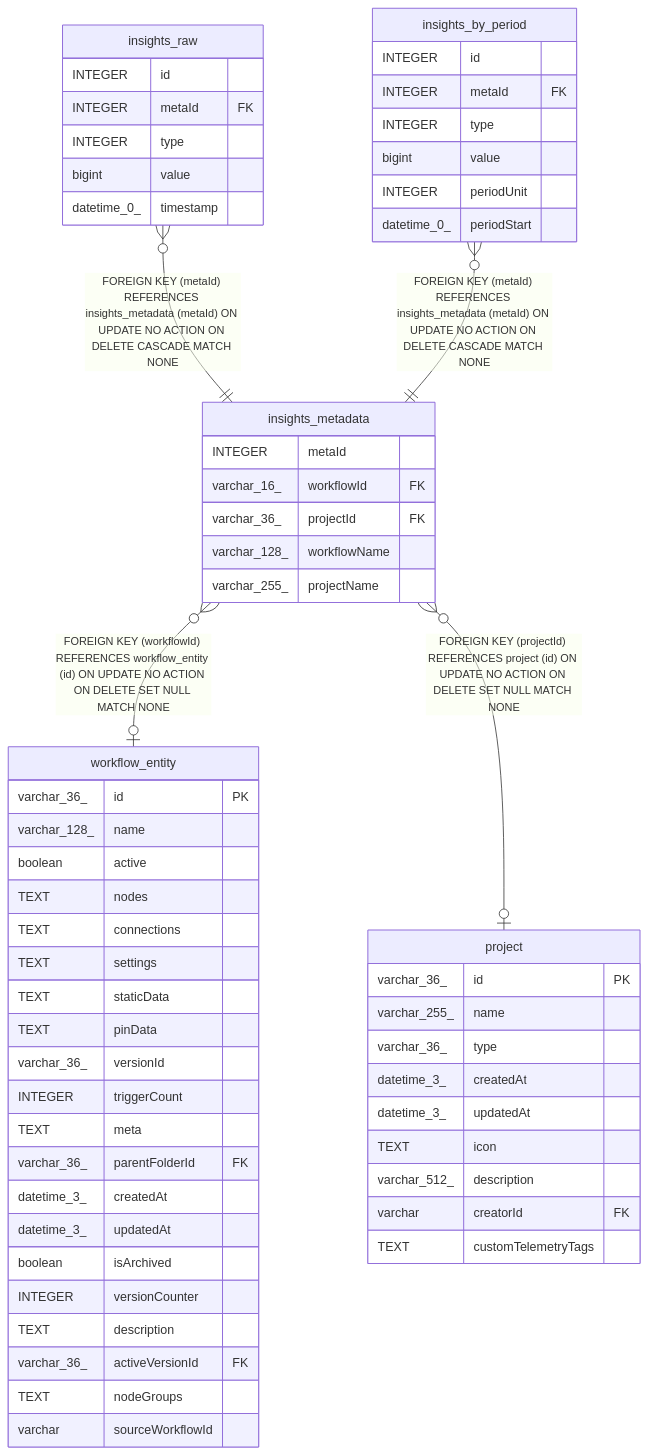
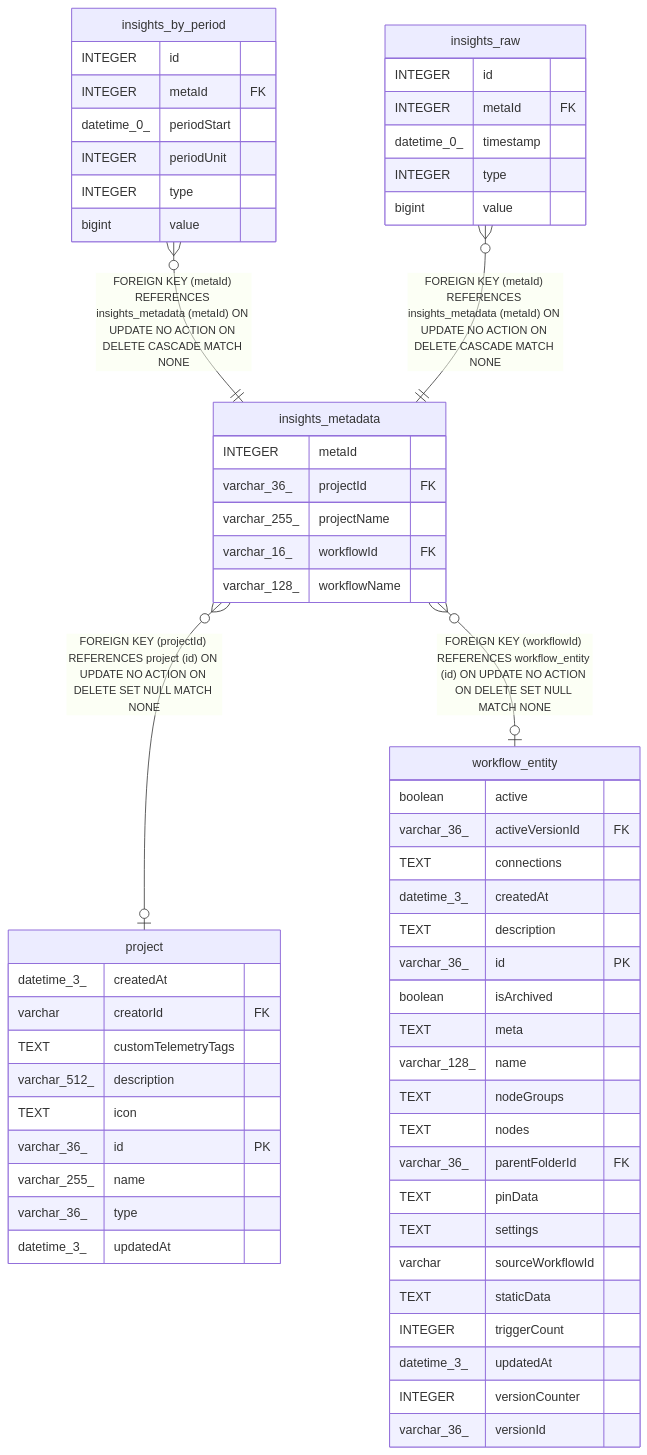
The diagram in docs/generated/sqlite-schema/insights_metadata.md (mayankjain1815-commits/n8n), drawn with Mermaid before and after one commit. The commit also changed other lines of this file and 221 other files, not shown here.

Commit message:
chore(core): Make DB schema docs generation deterministic (#32373)

````diff
--- a/docs/generated/sqlite-schema/insights_metadata.md
+++ b/docs/generated/sqlite-schema/insights_metadata.md
@@ -40,64 +40,64 @@
 ```mermaid
 erDiagram
 
+"insights_by_period" }o--|| "insights_metadata" : "FOREIGN KEY (metaId) REFERENCES insights_metadata (metaId) ON UPDATE NO ACTION ON DELETE CASCADE MATCH NONE"
 "insights_raw" }o--|| "insights_metadata" : "FOREIGN KEY (metaId) REFERENCES insights_metadata (metaId) ON UPDATE NO ACTION ON DELETE CASCADE MATCH NONE"
-"insights_by_period" }o--|| "insights_metadata" : "FOREIGN KEY (metaId) REFERENCES insights_metadata (metaId) ON UPDATE NO ACTION ON DELETE CASCADE MATCH NONE"
+"insights_metadata" }o--o| "project" : "FOREIGN KEY (projectId) REFERENCES project (id) ON UPDATE NO ACTION ON DELETE SET NULL MATCH NONE"
 "insights_metadata" }o--o| "workflow_entity" : "FOREIGN KEY (workflowId) REFERENCES workflow_entity (id) ON UPDATE NO ACTION ON DELETE SET NULL MATCH NONE"
-"insights_metadata" }o--o| "project" : "FOREIGN KEY (projectId) REFERENCES project (id) ON UPDATE NO ACTION ON DELETE SET NULL MATCH NONE"
 
 "insights_metadata" {
   INTEGER metaId
+  varchar_36_ projectId FK
+  varchar_255_ projectName
   varchar_16_ workflowId FK
-  varchar_36_ projectId FK
   varchar_128_ workflowName
-  varchar_255_ projectName
+}
+"insights_by_period" {
+  INTEGER id
+  INTEGER metaId FK
+  datetime_0_ periodStart
+  INTEGER periodUnit
+  INTEGER type
+  bigint value
 }
 "insights_raw" {
   INTEGER id
   INTEGER metaId FK
+  datetime_0_ timestamp
   INTEGER type
   bigint value
-  datetime_0_ timestamp
-}
-"insights_by_period" {
-  INTEGER id
-  INTEGER metaId FK
-  INTEGER type
-  bigint value
-  INTEGER periodUnit
-  datetime_0_ periodStart
-}
-"workflow_entity" {
-  varchar_36_ id PK
-  varchar_128_ name
-  boolean active
-  TEXT nodes
-  TEXT connections
-  TEXT settings
-  TEXT staticData
-  TEXT pinData
-  varchar_36_ versionId
-  INTEGER triggerCount
-  TEXT meta
-  varchar_36_ parentFolderId FK
-  datetime_3_ createdAt
-  datetime_3_ updatedAt
-  boolean isArchived
-  INTEGER versionCounter
-  TEXT description
-  varchar_36_ activeVersionId FK
-  TEXT nodeGroups
-  varchar sourceWorkflowId
 }
 "project" {
+  datetime_3_ createdAt
+  varchar creatorId FK
+  TEXT customTelemetryTags
+  varchar_512_ description
+  TEXT icon
   varchar_36_ id PK
   varchar_255_ name
   varchar_36_ type
+  datetime_3_ updatedAt
+}
+"workflow_entity" {
+  boolean active
+  varchar_36_ activeVersionId FK
+  TEXT connections
   datetime_3_ createdAt
+  TEXT description
+  varchar_36_ id PK
+  boolean isArchived
+  TEXT meta
+  varchar_128_ name
+  TEXT nodeGroups
+  TEXT nodes
+  varchar_36_ parentFolderId FK
+  TEXT pinData
+  TEXT settings
+  varchar sourceWorkflowId
+  TEXT staticData
+  INTEGER triggerCount
   datetime_3_ updatedAt
-  TEXT icon
-  varchar_512_ description
-  varchar creatorId FK
-  TEXT customTelemetryTags
+  INTEGER versionCounter
+  varchar_36_ versionId
 }
 ```
````
